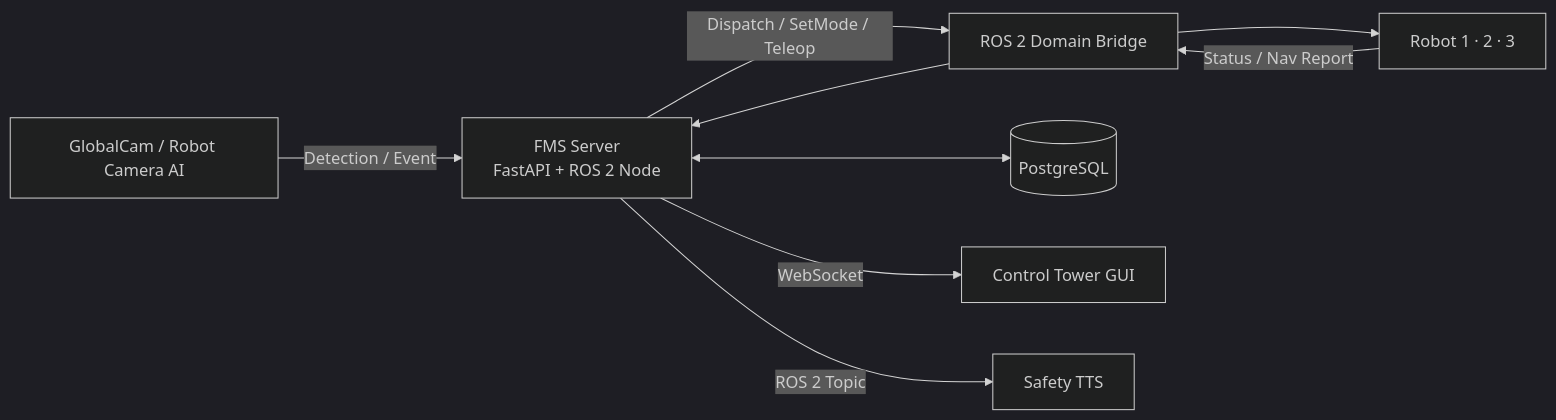
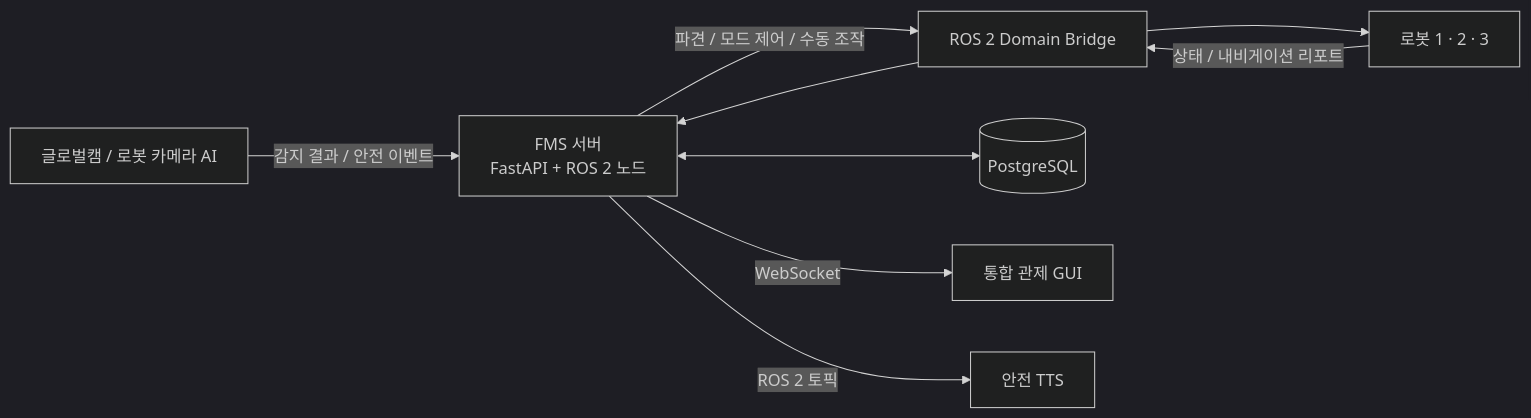
One commit to eduwing-robotics/ros2-ai-amr-repo4 changed the first of 2 diagrams in server_db/README.md. Above: the diagram before and after it, drawn with Mermaid (dark theme). The commit also changed other lines of this file and 7 other files, not shown here.

Commit message:
docs: add server architecture and integration documents

````diff
--- a/server_db/README.md
+++ b/server_db/README.md
@@ -18,19 +18,19 @@
 ```mermaid
 flowchart LR
-    Vision[GlobalCam / Robot Camera AI]
-    Robots[Robot 1 · 2 · 3]
+    Vision[글로벌캠 / 로봇 카메라 AI]
+    Robots[로봇 1 · 2 · 3]
     Bridge[ROS 2 Domain Bridge]
-    Server[FMS Server<br/>FastAPI + ROS 2 Node]
+    Server[FMS 서버<br/>FastAPI + ROS 2 노드]
     DB[(PostgreSQL)]
-    GUI[Control Tower GUI]
-    TTS[Safety TTS]
+    GUI[통합 관제 GUI]
+    TTS[안전 TTS]
 
-    Vision -->|Detection / Event| Server
-    Robots -->|Status / Nav Report| Bridge
+    Vision -->|감지 결과 / 안전 이벤트| Server
+    Robots -->|상태 / 내비게이션 리포트| Bridge
     Bridge --> Server
-    Server -->|Dispatch / SetMode / Teleop| Bridge
+    Server -->|파견 / 모드 제어 / 수동 조작| Bridge
     Bridge --> Robots
     Server <--> DB
     Server -->|WebSocket| GUI
-    Server -->|ROS 2 Topic| TTS
+    Server -->|ROS 2 토픽| TTS
 ```
````
